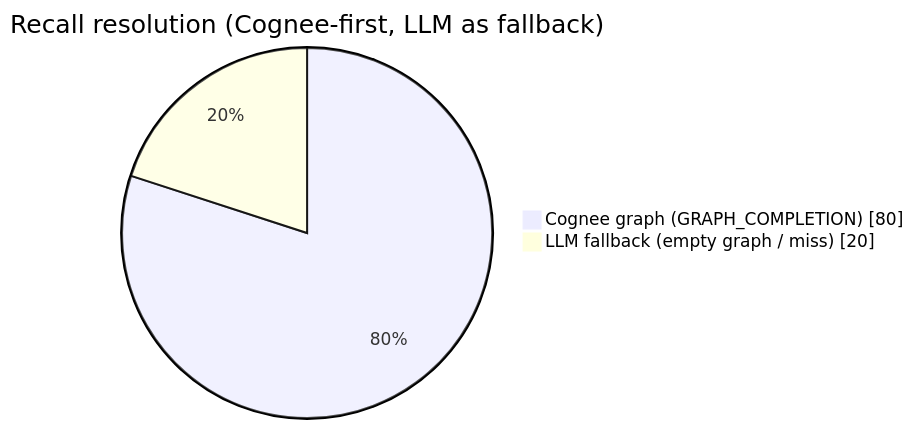
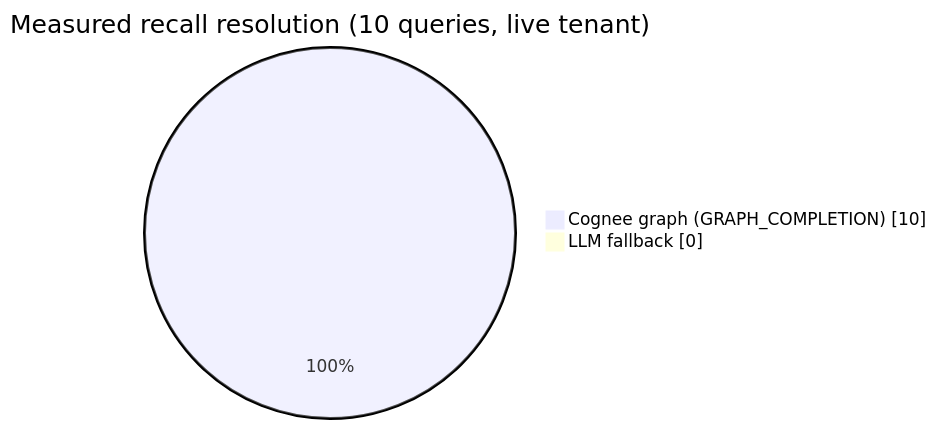
One commit to Aditya060806/Engram changed the third of 15 diagrams in README.md. Above: the diagram before and after it, drawn with Mermaid. The commit also changed other lines of this file and 1 other file, not shown here.

Commit message:
docs(readme): replace illustrative pie with measured 100% Cognee recall routing

````diff
--- a/README.md
+++ b/README.md
@@ -129,6 +130,6 @@
 ```mermaid
 pie showData
-    title Recall resolution (Cognee-first, LLM as fallback)
-    "Cognee graph (GRAPH_COMPLETION)" : 80
-    "LLM fallback (empty graph / miss)" : 20
+    title Measured recall resolution (10 queries, live tenant)
+    "Cognee graph (GRAPH_COMPLETION)" : 10
+    "LLM fallback" : 0
 ```
````
